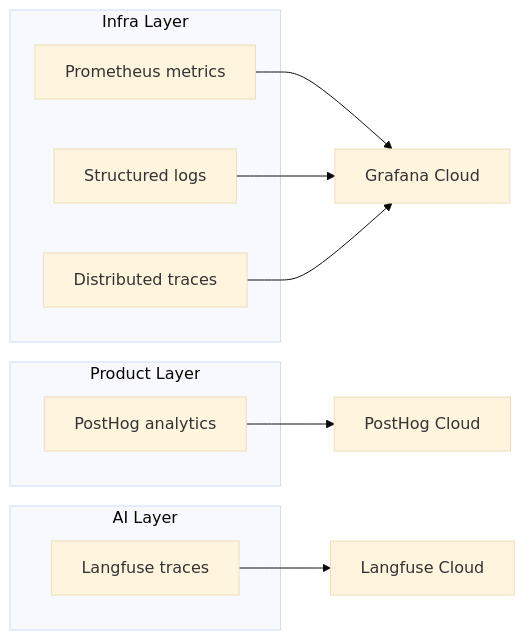
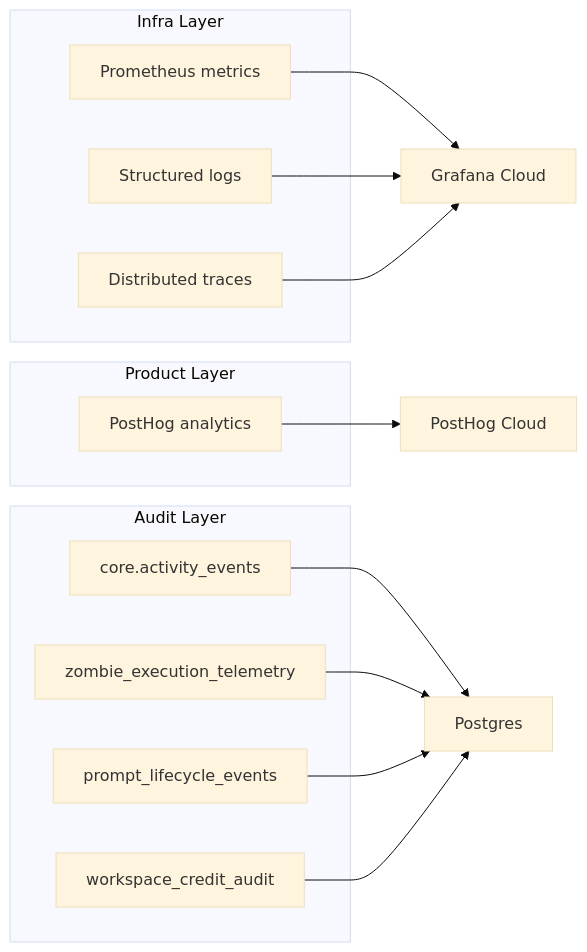
The diagram in operator/observability/overview.mdx (usezombie/docs), drawn with Mermaid (base theme) before and after one commit. The commit also changed other lines of this file and 3 other files, not shown here.

````diff
--- a/operator/observability/overview.mdx
+++ b/operator/observability/overview.mdx
@@ -10,19 +10,25 @@
 ```mermaid
 graph LR
     subgraph Infra Layer
         Prometheus[Prometheus metrics]
         Loki[Structured logs]
         Tempo[Distributed traces]
     end
     subgraph Product Layer
         PostHog[PostHog analytics]
     end
-    subgraph AI Layer
-        Langfuse[Langfuse traces]
+    subgraph Audit Layer
+        Activity[core.activity_events]
+        Telemetry[zombie_execution_telemetry]
+        Prompts[prompt_lifecycle_events]
+        Credits[workspace_credit_audit]
     end
     Prometheus --> Grafana[Grafana Cloud]
     Loki --> Grafana
     Tempo --> Grafana
     PostHog --> PH[PostHog Cloud]
-    Langfuse --> LF[Langfuse Cloud]
+    Activity --> PG[Postgres]
+    Telemetry --> PG
+    Prompts --> PG
+    Credits --> PG
 ```
````
